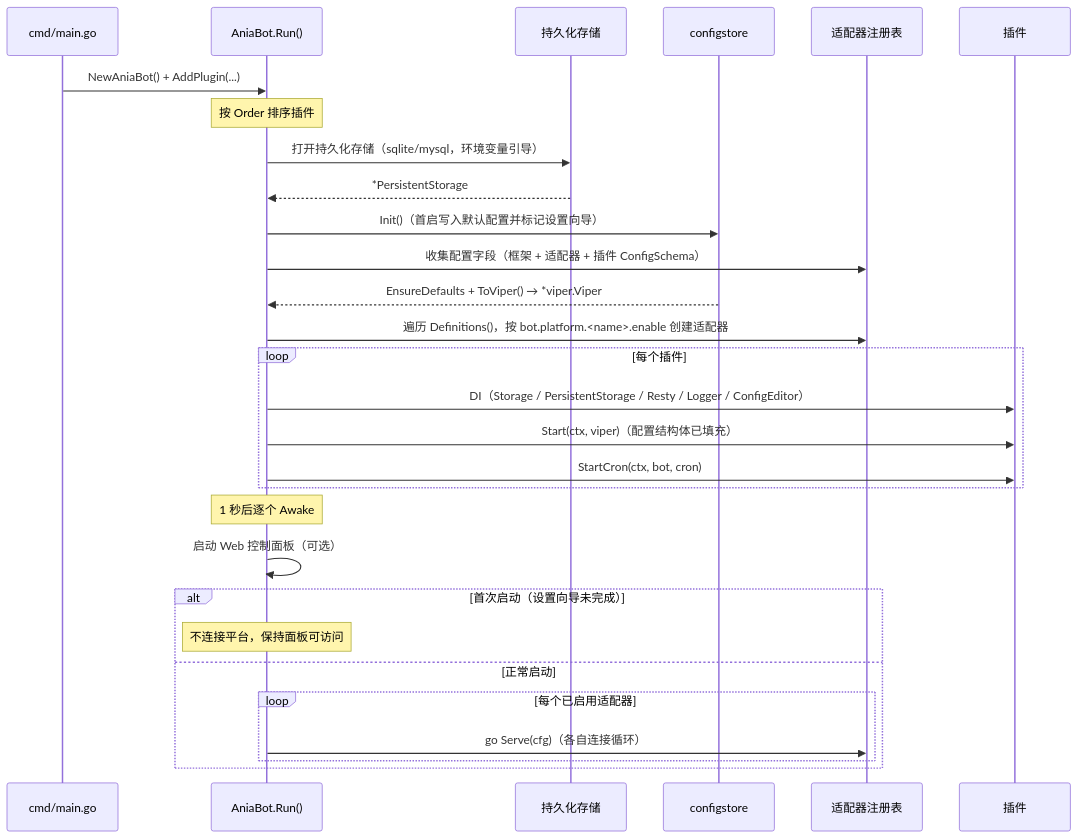
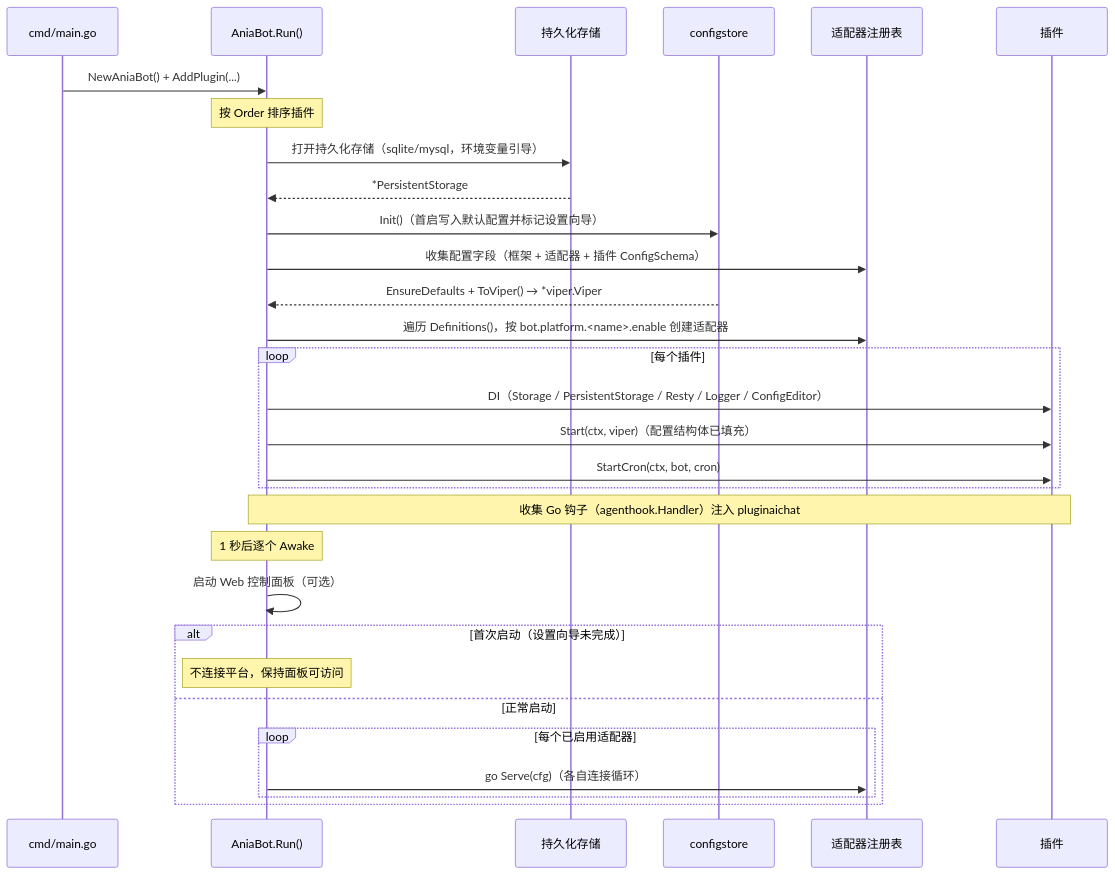
One commit to jeanhua/AniaBot changed the second of 3 diagrams in docs/internals/index.md. Above: the diagram before and after it, drawn with Mermaid. The commit also changed other lines of this file and 43 other files, not shown here.

````diff
--- a/docs/internals/index.md
+++ b/docs/internals/index.md
@@ -76,32 +76,33 @@
 ```mermaid
 sequenceDiagram
     participant M as cmd/main.go
     participant C as AniaBot.Run()
     participant PS as 持久化存储
     participant CFG as configstore
     participant REG as 适配器注册表
     participant P as 插件
 
     M->>C: NewAniaBot() + AddPlugin(...)
     Note over C: 按 Order 排序插件
     C->>PS: 打开持久化存储（sqlite/mysql，环境变量引导）
     PS-->>C: *PersistentStorage
     C->>CFG: Init()（首启写入默认配置并标记设置向导）
     C->>REG: 收集配置字段（框架 + 适配器 + 插件 ConfigSchema）
     CFG-->>C: EnsureDefaults + ToViper() → *viper.Viper
     C->>REG: 遍历 Definitions()，按 bot.platform.<name>.enable 创建适配器
     loop 每个插件
         C->>P: DI（Storage / PersistentStorage / Resty / Logger / ConfigEditor）
         C->>P: Start(ctx, viper)（配置结构体已填充）
         C->>P: StartCron(ctx, bot, cron)
     end
+    Note over C,P: 收集 Go 钩子（agenthook.Handler）注入 pluginaichat
     Note over C: 1 秒后逐个 Awake
     C->>C: 启动 Web 控制面板（可选）
     alt 首次启动（设置向导未完成）
         Note over C: 不连接平台，保持面板可访问
     else 正常启动
         loop 每个已启用适配器
             C->>REG: go Serve(cfg)（各自连接循环）
         end
     end
 ```
````
